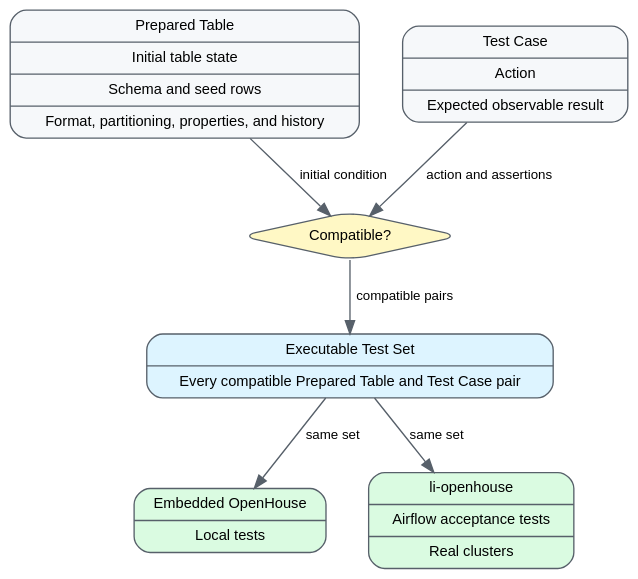
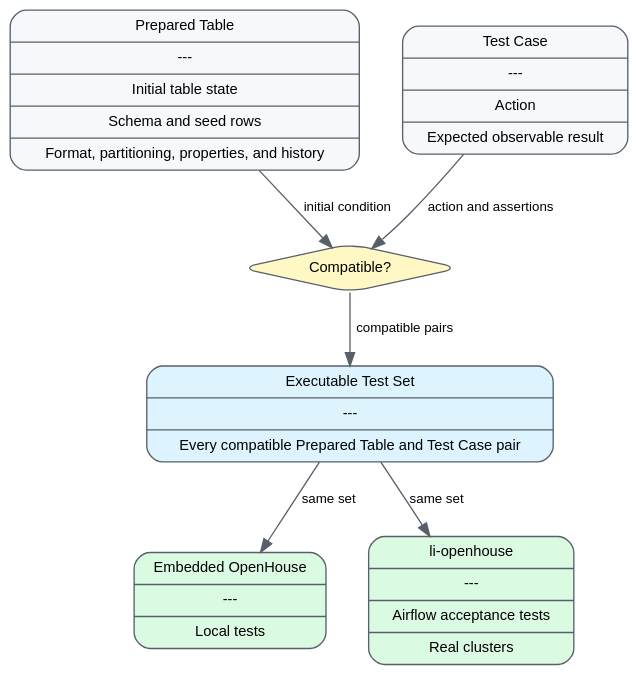
One commit to linkedin/openhouse changed the diagram in integrations/spark/delta-harness/COVERAGE-MODEL.dot. Above: the diagram before and after it, drawn with Graphviz. The commit also changed 1 other file, not shown here.

Commit message:
docs(delta-tests): separate Graphviz record titles
Add a dedicated divider cell between each record title and its details in the
coverage model.

```diff
--- a/integrations/spark/delta-harness/COVERAGE-MODEL.dot
+++ b/integrations/spark/delta-harness/COVERAGE-MODEL.dot
@@ -1,64 +1,64 @@
 digraph DeltaIntegrationTestCoverage {
   graph [
     rankdir=TB
     bgcolor="transparent"
     fontname="Helvetica"
     nodesep=0.45
     ranksep=0.6
     pad=0.2
   ]
 
   node [
     shape=record
     style="rounded,filled"
     color="#57606a"
     fillcolor="#f6f8fa"
     fontname="Helvetica"
     fontsize=11
     margin="0.12,0.08"
   ]
 
   edge [
     color="#57606a"
     fontname="Helvetica"
     fontsize=10
   ]
 
   table [
-    label="{Prepared Table|Initial table state|Schema and seed rows|Format, partitioning, properties, and history}"
+    label="{Prepared Table|---|Initial table state|Schema and seed rows|Format, partitioning, properties, and history}"
   ]
 
   test_case [
-    label="{Test Case|Action|Expected observable result}"
+    label="{Test Case|---|Action|Expected observable result}"
   ]
 
   compatibility [
     shape=diamond
     label="Compatible?"
     fillcolor="#fff8c5"
   ]
 
   executable_set [
-    label="{Executable Test Set|Every compatible Prepared Table and Test Case pair}"
+    label="{Executable Test Set|---|Every compatible Prepared Table and Test Case pair}"
     fillcolor="#ddf4ff"
   ]
 
   local [
-    label="{Embedded OpenHouse|Local tests}"
+    label="{Embedded OpenHouse|---|Local tests}"
     fillcolor="#dafbe1"
   ]
 
   acceptance [
-    label="{li-openhouse|Airflow acceptance tests|Real clusters}"
+    label="{li-openhouse|---|Airflow acceptance tests|Real clusters}"
     fillcolor="#dafbe1"
   ]
 
   { rank=same; table; test_case }
   { rank=same; local; acceptance }
 
   table -> compatibility [label="initial condition"]
   test_case -> compatibility [label="action and assertions"]
   compatibility -> executable_set [label="compatible pairs"]
   executable_set -> local [label="same set"]
   executable_set -> acceptance [label="same set"]
 }
```
